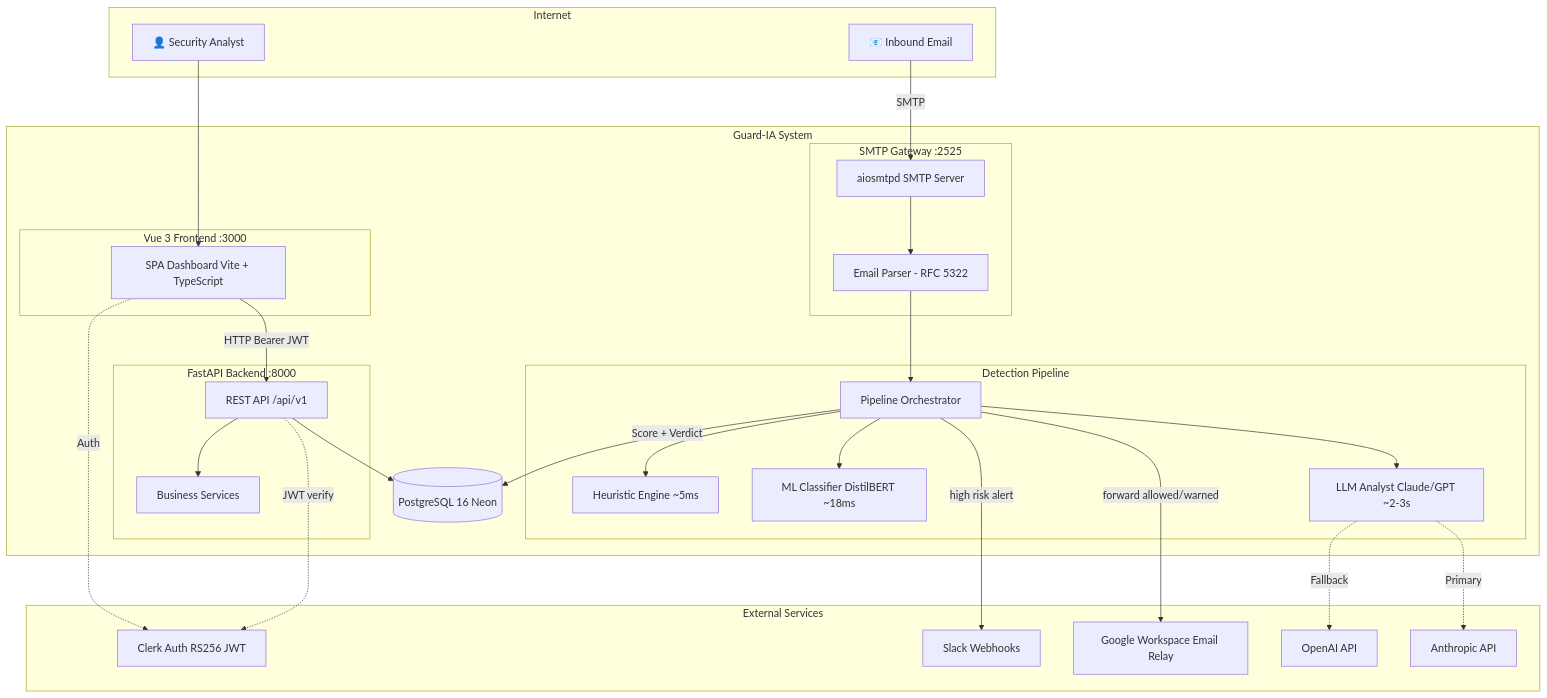
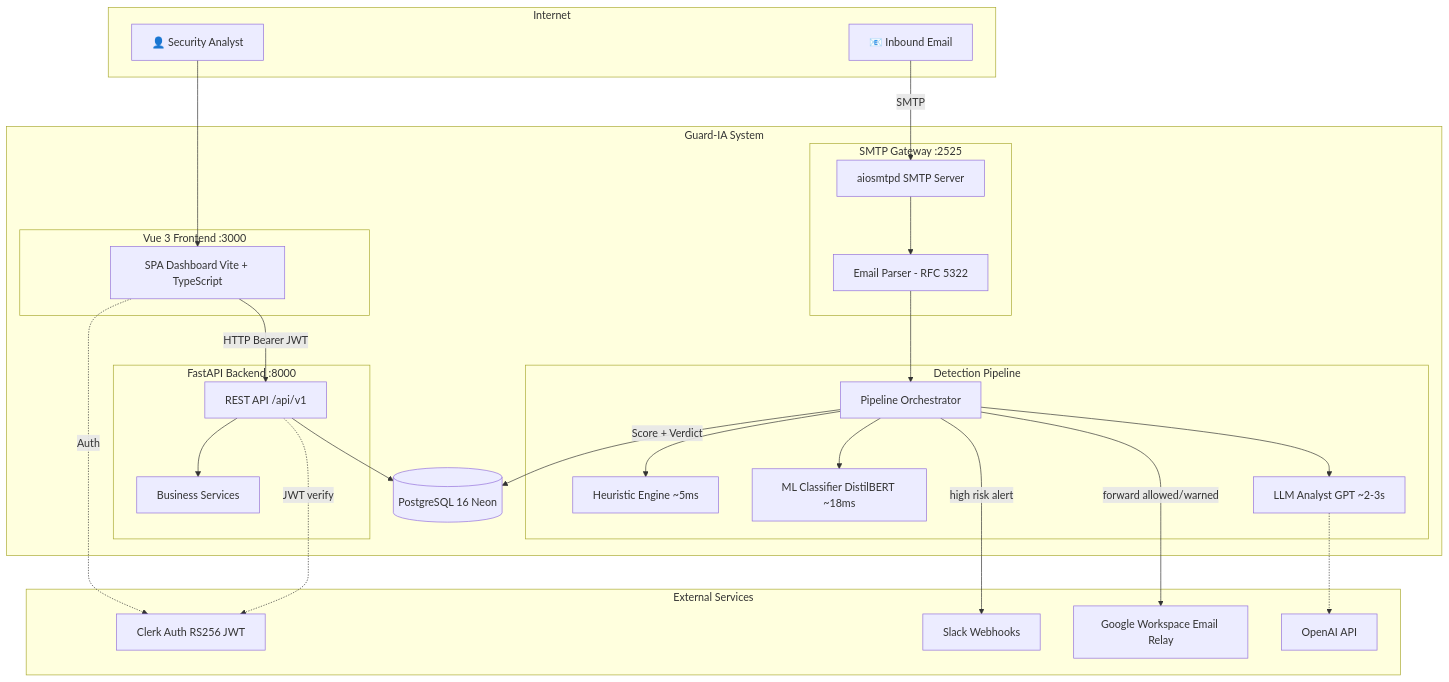
Before and after one commit to sogliano/guardia: the first of 7 diagrams in docs/ARCHITECTURE.md, drawn with Mermaid. The commit also changed other lines of this file and 15 other files, not shown here.

````diff
--- a/docs/ARCHITECTURE.md
+++ b/docs/ARCHITECTURE.md
@@ -40,59 +40,57 @@
 ```mermaid
 graph TB
     subgraph Internet
         EMAIL["📧 Inbound Email"]
         ANALYST["👤 Security Analyst"]
     end
 
     subgraph GUARDIA["Guard-IA System"]
         subgraph Gateway["SMTP Gateway :2525"]
             SMTP["aiosmtpd SMTP Server"]
             PARSER["Email Parser - RFC 5322"]
         end
 
         subgraph Pipeline["Detection Pipeline"]
             ORCH["Pipeline Orchestrator"]
             HEUR["Heuristic Engine ~5ms"]
             ML["ML Classifier DistilBERT ~18ms"]
-            LLM["LLM Analyst Claude/GPT ~2-3s"]
+            LLM["LLM Analyst GPT ~2-3s"]
         end
 
         subgraph Backend["FastAPI Backend :8000"]
             API["REST API /api/v1"]
             SERVICES["Business Services"]
         end
 
         subgraph Frontend["Vue 3 Frontend :3000"]
             SPA["SPA Dashboard Vite + TypeScript"]
         end
 
         DB[("PostgreSQL 16 Neon")]
     end
 
     subgraph External["External Services"]
         CLERK["Clerk Auth RS256 JWT"]
         SLACK["Slack Webhooks"]
         GOOGLE["Google Workspace Email Relay"]
         OPENAI["OpenAI API"]
-        ANTHROPIC["Anthropic API"]
     end
 
     EMAIL -->|SMTP| SMTP
     SMTP --> PARSER
     PARSER --> ORCH
     ORCH --> HEUR
     ORCH --> ML
     ORCH --> LLM
-    LLM -.->|Primary| ANTHROPIC
-    LLM -.->|Fallback| OPENAI
+    LLM -.-> OPENAI
     ORCH -->|Score + Verdict| DB
     ORCH -->|"forward allowed/warned"| GOOGLE
     ORCH -->|"high risk alert"| SLACK
 
     API --> DB
     API --> SERVICES
     SPA -->|"HTTP Bearer JWT"| API
     ANALYST --> SPA
     SPA -.->|Auth| CLERK
     API -.->|JWT verify| CLERK
 ```
````
